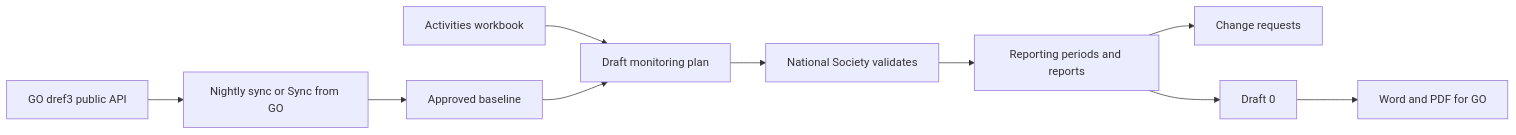
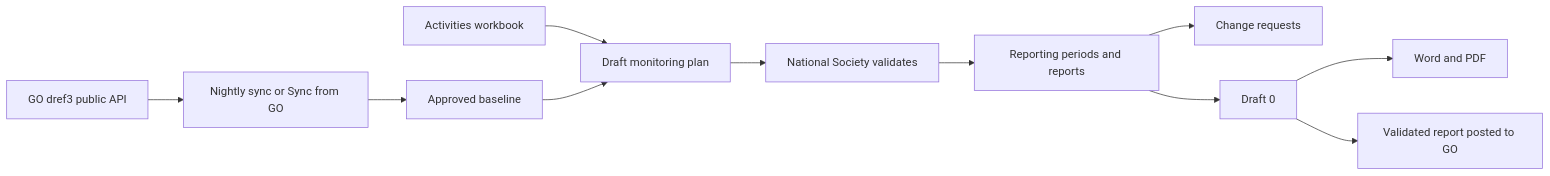
One commit to haythamsoufi/humdatabank changed the diagram in Backoffice/plugins/dref_monitoring/docs/dref-monitoring/overview.md. Above: the diagram before and after it, drawn with Mermaid. The commit also changed other lines of this file and 72 other files, not shown here.

````diff
--- a/Backoffice/plugins/dref_monitoring/docs/dref-monitoring/overview.md
+++ b/Backoffice/plugins/dref_monitoring/docs/dref-monitoring/overview.md
@@ -68,12 +70,13 @@
 ```mermaid
 flowchart LR
   goApi["GO dref3 public API"] --> sync["Nightly sync or Sync from GO"]
   excel["Activities workbook"] --> plan["Draft monitoring plan"]
   sync --> baseline["Approved baseline"]
   baseline --> plan
   plan --> validate["National Society validates"]
   validate --> reports["Reporting periods and reports"]
   reports --> changes["Change requests"]
   reports --> draft["Draft 0"]
-  draft --> export["Word and PDF for GO"]
+  draft --> export["Word and PDF"]
+  draft --> goWrite["Validated report posted to GO"]
 ```
````
